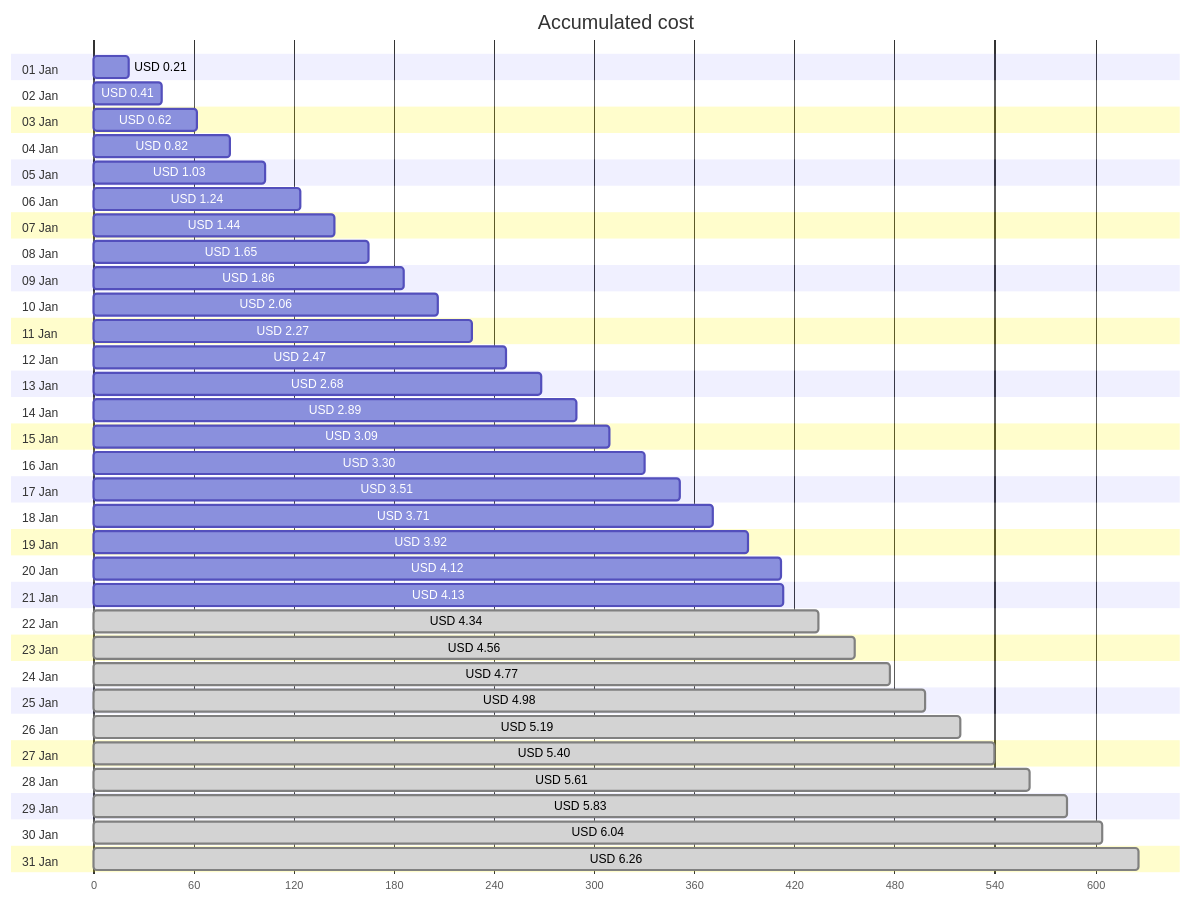
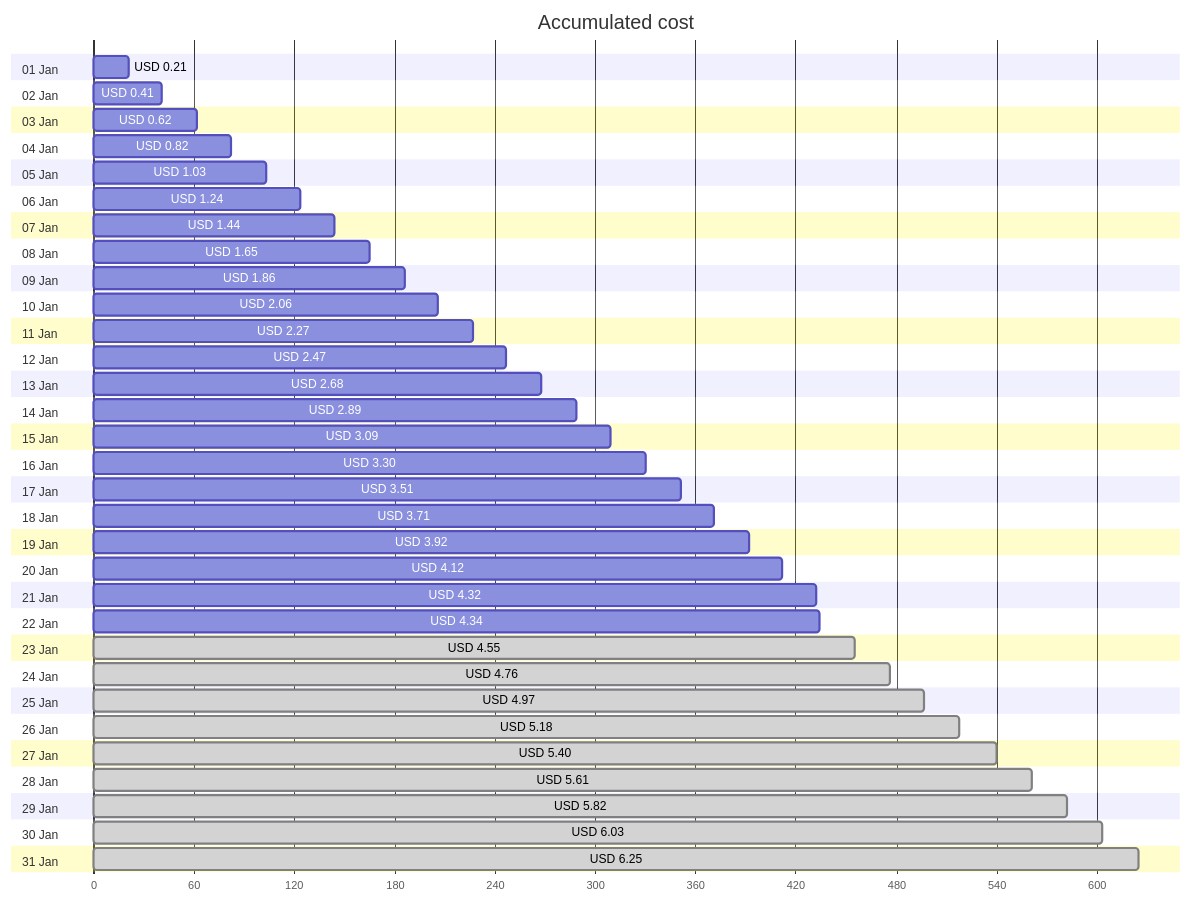
The first of 4 diagrams in cost-reports/personal-network/backup-server.md (jpfulton/azure-personal-reports), drawn with Mermaid before and after one commit. The commit also changed other lines of this file and 8 other files, not shown here.

````diff
--- a/cost-reports/personal-network/backup-server.md
+++ b/cost-reports/personal-network/backup-server.md
@@ -20,68 +20,68 @@
 ```mermaid
 gantt
    title Accumulated cost
    dateFormat  X
    axisFormat %s
    section 01 Jan
    USD 0.21 :0, 21
    section 02 Jan
    USD 0.41 :0, 41
    section 03 Jan
    USD 0.62 :0, 62
    section 04 Jan
    USD 0.82 :0, 82
    section 05 Jan
    USD 1.03 :0, 103
    section 06 Jan
    USD 1.24 :0, 124
    section 07 Jan
    USD 1.44 :0, 144
    section 08 Jan
    USD 1.65 :0, 165
    section 09 Jan
    USD 1.86 :0, 186
    section 10 Jan
    USD 2.06 :0, 206
    section 11 Jan
    USD 2.27 :0, 227
    section 12 Jan
    USD 2.47 :0, 247
    section 13 Jan
    USD 2.68 :0, 268
    section 14 Jan
    USD 2.89 :0, 289
    section 15 Jan
    USD 3.09 :0, 309
    section 16 Jan
    USD 3.30 :0, 330
    section 17 Jan
    USD 3.51 :0, 351
    section 18 Jan
    USD 3.71 :0, 371
    section 19 Jan
    USD 3.92 :0, 392
    section 20 Jan
    USD 4.12 :0, 412
    section 21 Jan
-   USD 4.13 :0, 413
+   USD 4.32 :0, 432
    section 22 Jan
-   USD 4.34 : done, 0, 434
+   USD 4.34 :0, 434
    section 23 Jan
-   USD 4.56 : done, 0, 456
+   USD 4.55 : done, 0, 455
    section 24 Jan
-   USD 4.77 : done, 0, 477
+   USD 4.76 : done, 0, 476
    section 25 Jan
-   USD 4.98 : done, 0, 498
+   USD 4.97 : done, 0, 497
    section 26 Jan
-   USD 5.19 : done, 0, 519
+   USD 5.18 : done, 0, 518
    section 27 Jan
    USD 5.40 : done, 0, 540
    section 28 Jan
    USD 5.61 : done, 0, 561
    section 29 Jan
-   USD 5.83 : done, 0, 583
+   USD 5.82 : done, 0, 582
    section 30 Jan
-   USD 6.04 : done, 0, 604
+   USD 6.03 : done, 0, 603
    section 31 Jan
-   USD 6.26 : done, 0, 626
+   USD 6.25 : done, 0, 625
 ```
````
